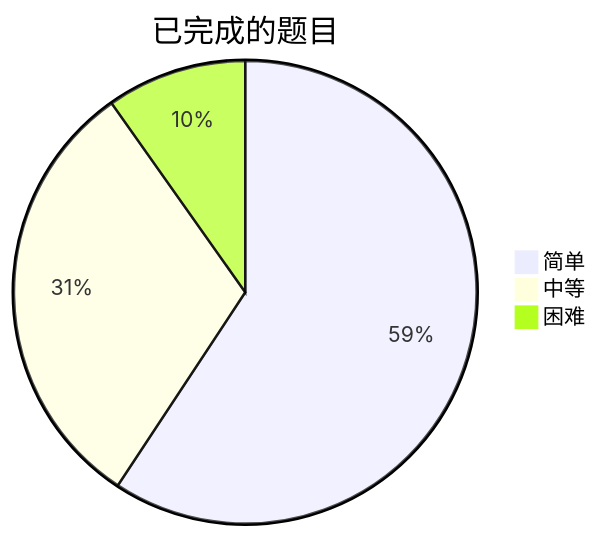
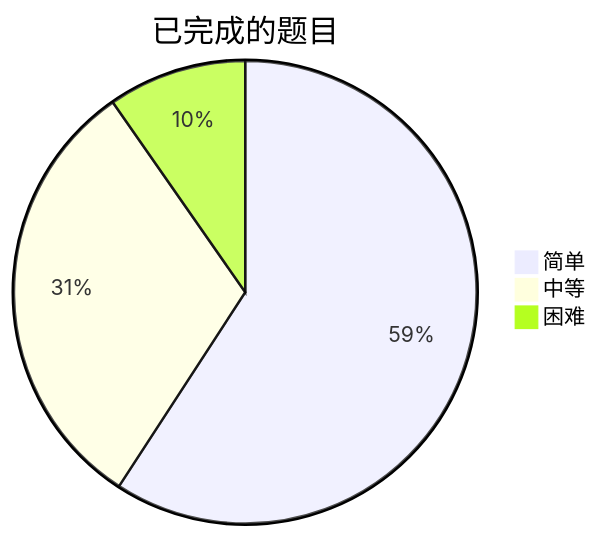
The diagram in README.md (kaisa911/LeetCode), drawn with Mermaid before and after one commit. The commit also changed other lines of this file and 1 other file, not shown here.

Commit message:
feat: 新增题解

````diff
--- a/README.md
+++ b/README.md
@@ -12,7 +12,7 @@
 ```mermaid
 pie title 已完成的题目
-    "简单" : 115
-    "中等" : 60
+    "简单" : 116
+    "中等" : 61
     "困难" : 19
 
 ```
````
